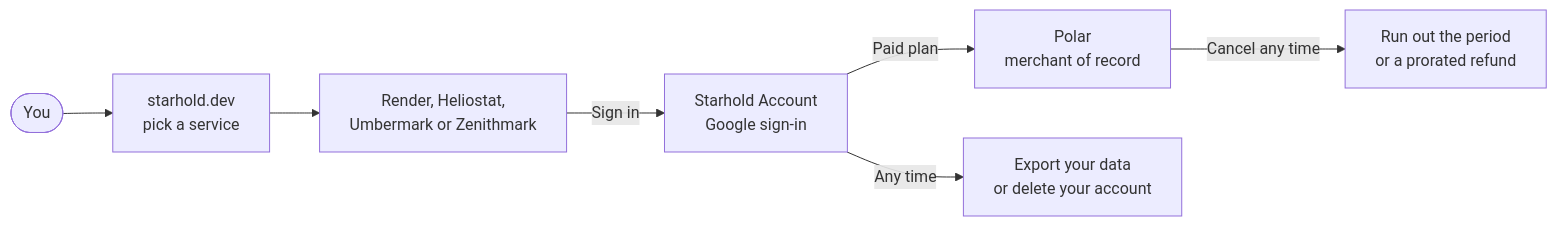
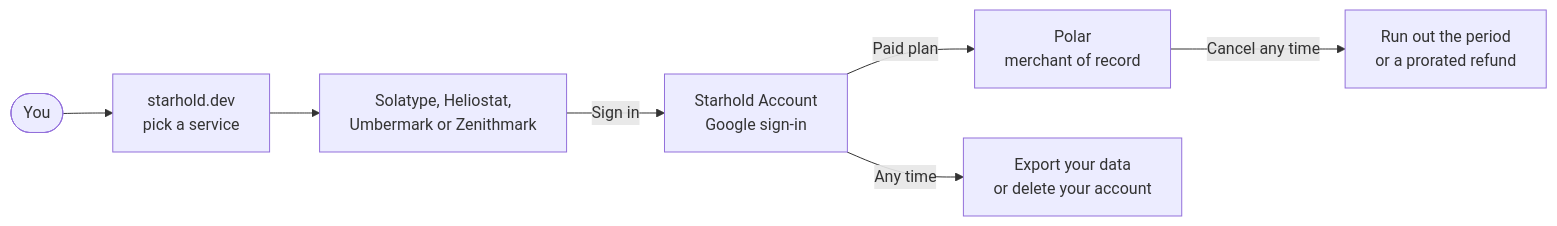
The diagram in README.md (Quadstronaut/Starhold), drawn with Mermaid before and after one commit. The commit also changed other lines of this file and 8 other files, not shown here.

````diff
--- a/README.md
+++ b/README.md
@@ -48,9 +48,9 @@
 ```mermaid
 flowchart LR
     You(["You"]) --> Store["starhold.dev<br/>pick a service"]
-    Store --> Product["Render, Heliostat,<br/>Umbermark or Zenithmark"]
+    Store --> Product["Solatype, Heliostat,<br/>Umbermark or Zenithmark"]
     Product -->|Sign in| Account["Starhold Account<br/>Google sign-in"]
     Account -->|Paid plan| Polar["Polar<br/>merchant of record"]
     Account -->|Any time| Data["Export your data<br/>or delete your account"]
     Polar -->|Cancel any time| Refund["Run out the period<br/>or a prorated refund"]
 ```
````
